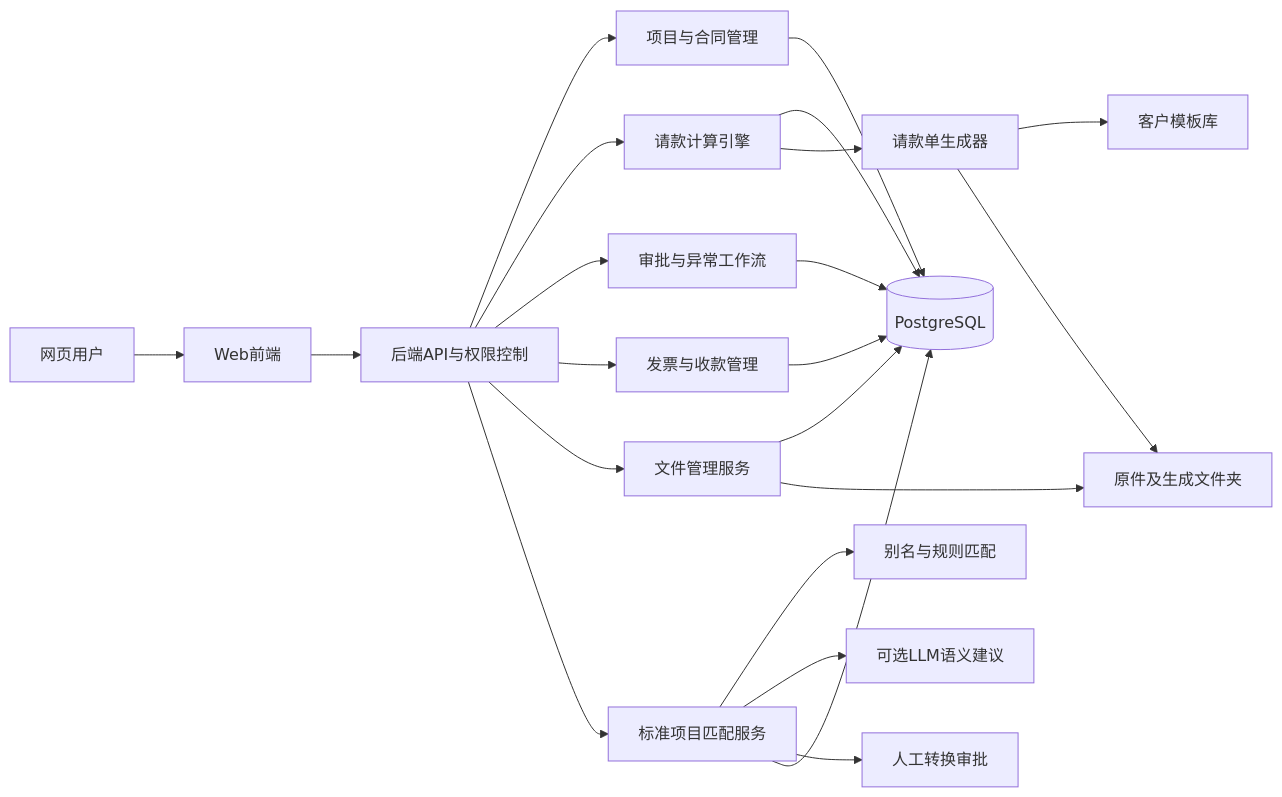
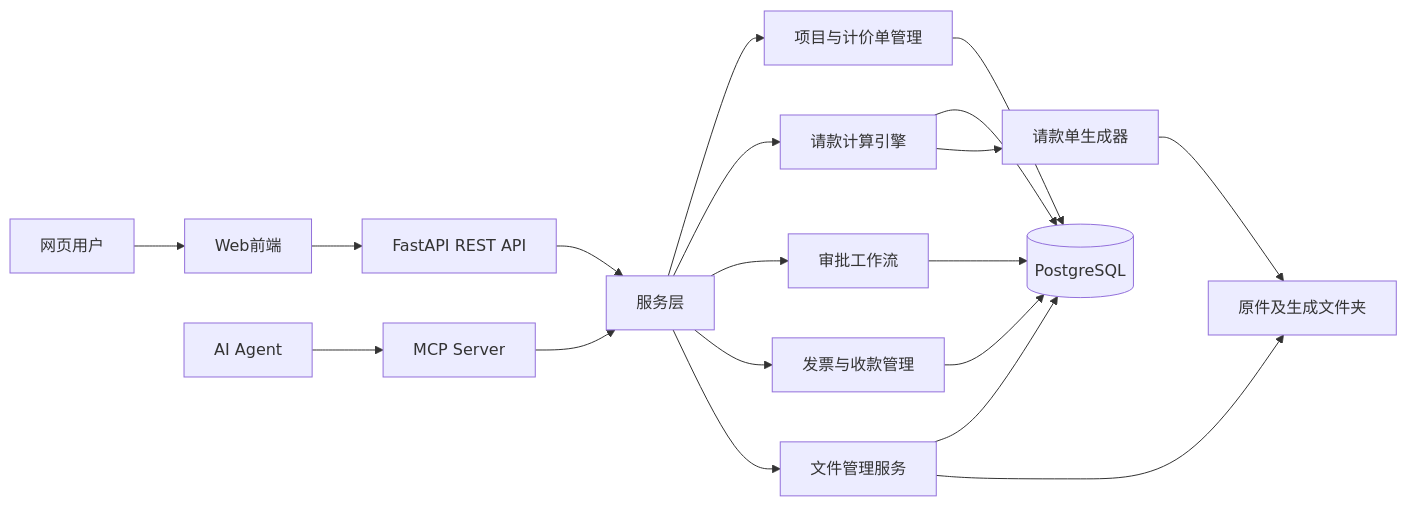
The diagram in ARCHITECTURE.md (PMPai/maggie), drawn with Mermaid before and after one commit. The commit also changed other lines of this file and 2 other files, not shown here.

Commit message:
docs: update ARCHITECTURE.md, BUSINESS_RULES.md, README.md for revised system
- ARCHITECTURE.md: new mermaid diagram (Web+MCP, no matching/LLM), updated request flow
- BUSINESS_RULES.md: new flow diagram (计价单→合同→收款→发票)
- README.md: updated description (single-user, 计价单, MCP, no matching/LLM)

````diff
--- a/ARCHITECTURE.md
+++ b/ARCHITECTURE.md
@@ -11,24 +11,21 @@
 ```mermaid
 flowchart LR
     U["网页用户"] --> W["Web前端"]
-    W --> API["后端API与权限控制"]
-    API --> PM["项目与合同管理"]
-    API --> PE["请款计算引擎"]
-    API --> WF["审批与异常工作流"]
-    API --> FM["发票与收款管理"]
-    API --> DM["文件管理服务"]
-    API --> MAP["标准项目匹配服务"]
-    MAP --> RULE["别名与规则匹配"]
-    MAP --> LLM["可选LLM语义建议"]
-    MAP --> HR["人工转换审批"]
+    A["AI Agent"] --> MCP["MCP Server"]
+    W --> API["FastAPI REST API"]
+    MCP --> SVC["服务层"]
+    API --> SVC
+    SVC --> PM["项目与计价单管理"]
+    SVC --> PE["请款计算引擎"]
+    SVC --> WF["审批工作流"]
+    SVC --> FM["发票与收款管理"]
+    SVC --> DM["文件管理服务"]
     PM --> DB[("PostgreSQL")]
     PE --> DB
     WF --> DB
     FM --> DB
-    MAP --> DB
     DM --> DB
     DM --> FS["原件及生成文件夹"]
     PE --> GEN["请款单生成器"]
-    GEN --> TMP["客户模板库"]
     GEN --> FS
 ```
````
